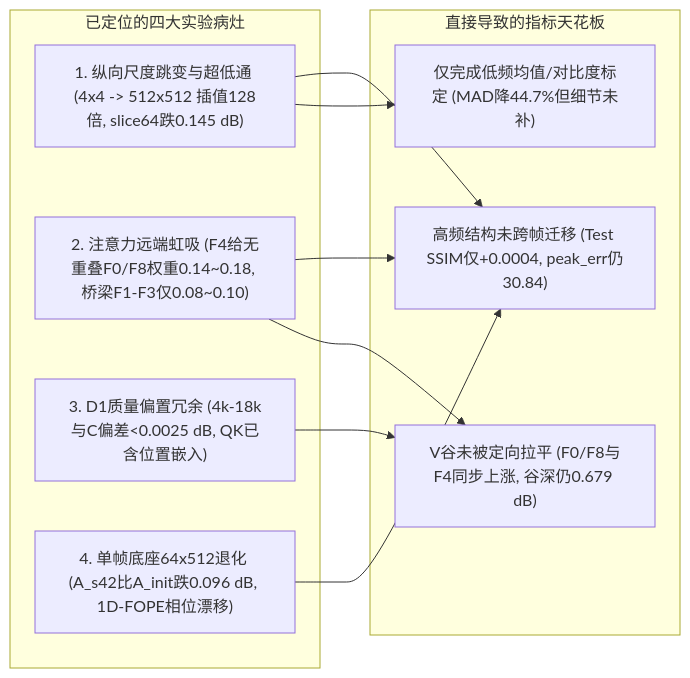
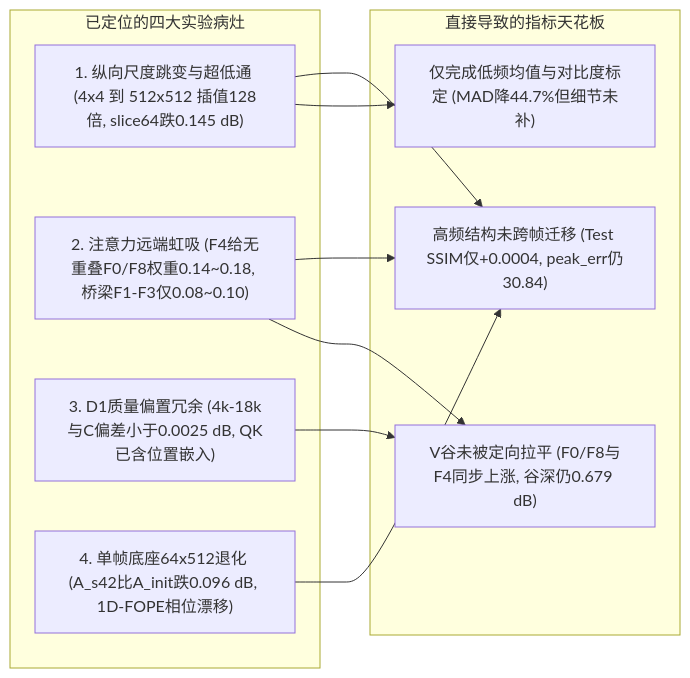
Before and after one commit to deathend110/SAR_Sequence_Restore: the first of 5 diagrams in docs/架构设计A_基于当前跨帧Token实验演进.md, drawn with Mermaid. The commit also changed other lines of this file and 1 other file, not shown here.

Commit message:
修复两份架构设计文档在Typora中的公式与Mermaid渲染语法错误

````diff
--- a/docs/架构设计A_基于当前跨帧Token实验演进.md
+++ b/docs/架构设计A_基于当前跨帧Token实验演进.md
@@ -26,22 +26,22 @@
 ```mermaid
-flowchart LR
-    subgraph S1["已定位的四大实验病灶"]
-        D1["1. 纵向尺度跳变与超低通 (4x4 -> 512x512 插值128倍, slice64跌0.145 dB)"]
+graph LR
+    subgraph S1 ["已定位的四大实验病灶"]
+        D1["1. 纵向尺度跳变与超低通 (4x4 到 512x512 插值128倍, slice64跌0.145 dB)"]
         D2["2. 注意力远端虹吸 (F4给无重叠F0/F8权重0.14~0.18, 桥梁F1-F3仅0.08~0.10)"]
-        D3["3. D1质量偏置冗余 (4k-18k与C偏差<0.0025 dB, QK已含位置嵌入)"]
+        D3["3. D1质量偏置冗余 (4k-18k与C偏差小于0.0025 dB, QK已含位置嵌入)"]
         D4["4. 单帧底座64x512退化 (A_s42比A_init跌0.096 dB, 1D-FOPE相位漂移)"]
     end
 
-    subgraph S2["直接导致的指标天花板"]
+    subgraph S2 ["直接导致的指标天花板"]
         E1["高频结构未跨帧迁移 (Test SSIM仅+0.0004, peak_err仍30.84)"]
         E2["V谷未被定向拉平 (F0/F8与F4同步上涨, 谷深仍0.679 dB)"]
-        E3["仅完成低频均值/对比度标定 (MAD降44.7%但细节未补)"]
+        E3["仅完成低频均值与对比度标定 (MAD降44.7%但细节未补)"]
     end
 
     D1 --> E1
     D2 --> E1
     D2 --> E2
     D3 --> E2
     D1 --> E3
     D4 --> E1
 ```
````
